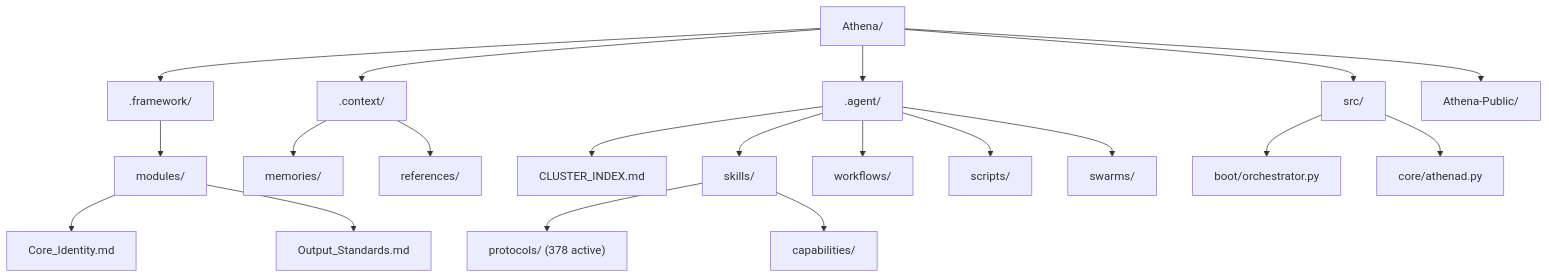
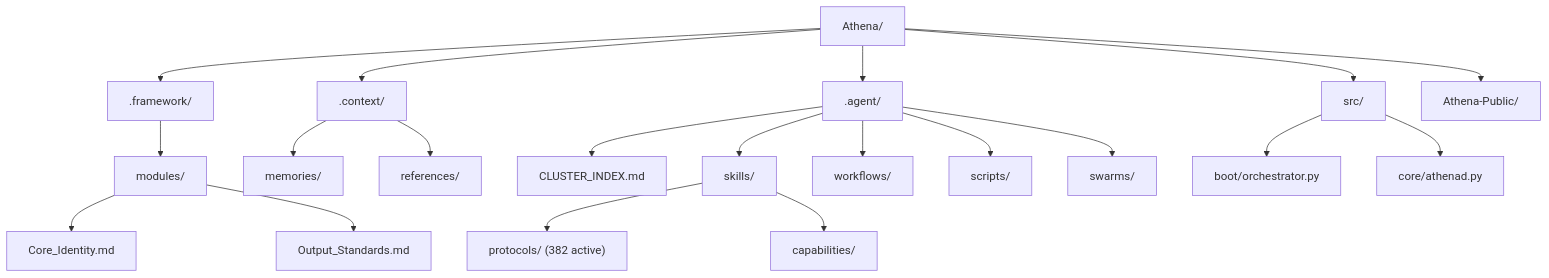
Before and after one commit to agent-memory-atlas-archive/winstonkoh87--Athena-Public: the first of 9 diagrams in docs/ARCHITECTURE.md, drawn with Mermaid. The commit also changed other lines of this file and 17 other files, not shown here.

First line of the commit message:
v9.8.4: GTO Metrics Sync + Architecture Audit

````diff
--- a/docs/ARCHITECTURE.md
+++ b/docs/ARCHITECTURE.md
@@ -101,27 +101,27 @@
 ```mermaid
 graph TD
     ROOT[Athena/] --> FRAMEWORK[.framework/]
     ROOT --> CONTEXT[.context/]
     ROOT --> AGENT[.agent/]
     ROOT --> SRC[src/]
     ROOT --> PUBLIC[Athena-Public/]
 
     FRAMEWORK --> FW_MODULES[modules/]
     FW_MODULES --> CORE_ID[Core_Identity.md]
     FW_MODULES --> OUTPUT[Output_Standards.md]
 
     CONTEXT --> MEMORIES[memories/]
     CONTEXT --> REFS[references/]
 
     AGENT --> CLUSTER_IDX[CLUSTER_INDEX.md]
     AGENT --> SKILLS[skills/]
     AGENT --> WORKFLOWS[workflows/]
     AGENT --> SCRIPTS[scripts/]
     AGENT --> SWARMS[swarms/]
 
-    SKILLS --> PROTOCOLS["protocols/ (378 active)"]
+    SKILLS --> PROTOCOLS["protocols/ (382 active)"]
     SKILLS --> CAPS[capabilities/]
 
     SRC --> BOOT[boot/orchestrator.py]
     SRC --> CORE[core/athenad.py]
 ```
````
